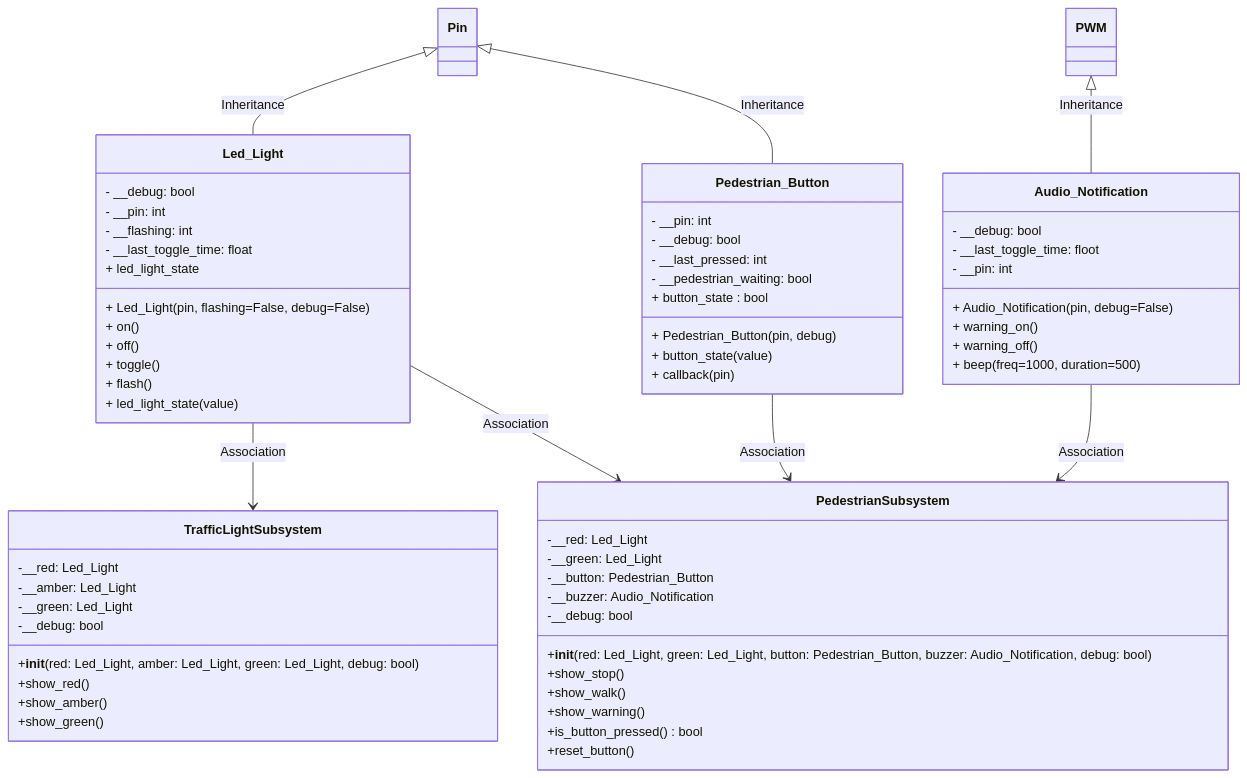
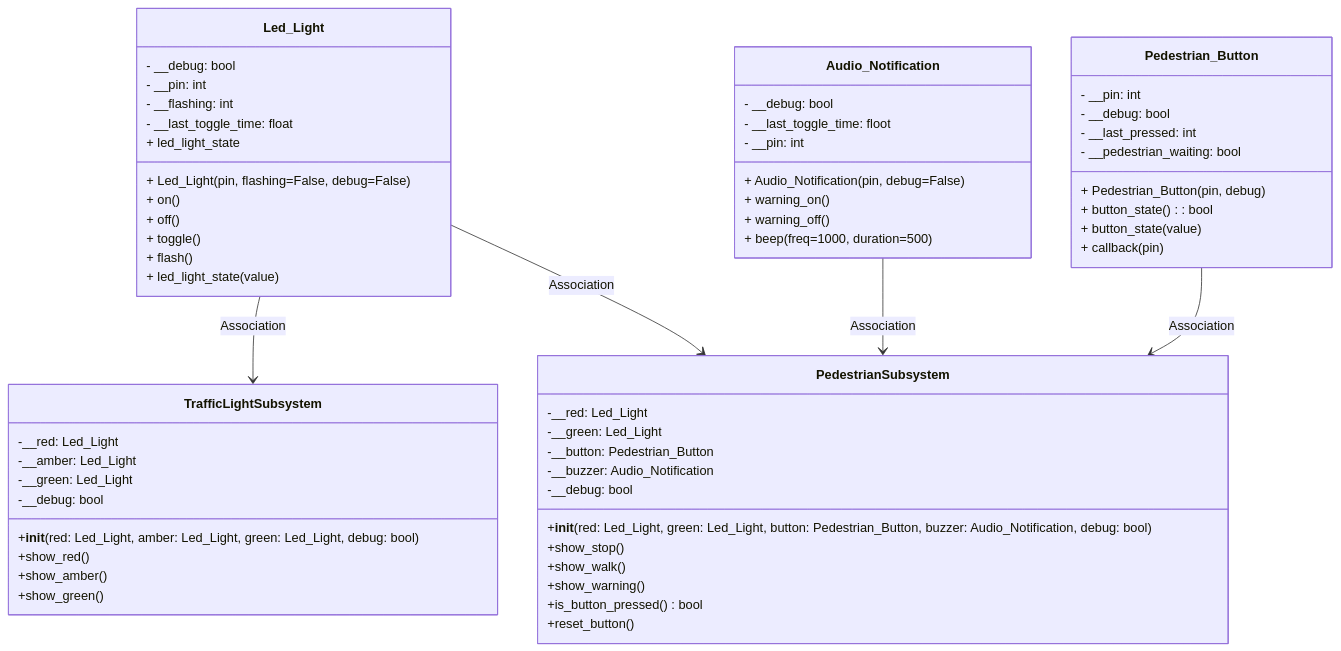
One commit to TempeHS/MicroPython_OOP_Pi_Pico_Mini_Project_Source changed the second of 2 diagrams in tutorials/Lecture6.md. Above: the diagram before and after it, drawn with Mermaid. The commit also changed other lines of this file and 8 other files, not shown here.

````diff
--- a/tutorials/Lecture6.md
+++ b/tutorials/Lecture6.md
@@ -69,75 +70,66 @@
 ```mermaid
 classDiagram
-    class Pin {
-    }
-
-    class PWM {
-    }
-
-    class Audio_Notification {
-        - __debug: bool
-        - __last_toggle_time: floot
-        - __pin: int
-        + Audio_Notification(pin, debug=False)
-        + warning_on()
-        + warning_off()
-        + beep(freq=1000, duration=500)
-    }
-    PWM <|-- Audio_Notification : Inheritance
-
     class Led_Light {
         - __debug: bool
         - __pin: int
         - __flashing: int
         - __last_toggle_time: float
         + Led_Light(pin, flashing=False, debug=False)
         + on()
         + off()
         + toggle()
         + flash()
         + led_light_state
         + led_light_state(value)
     }
-    Pin <|-- Led_Light : Inheritance
 
     class Pedestrian_Button {
         - __pin: int
         - __debug: bool
         - __last_pressed: int
         - __pedestrian_waiting: bool
         + Pedestrian_Button(pin, debug)
-        + button_state : bool
+        + button_state() : bool
         + button_state(value)
         + callback(pin)
     }
-    Pin <|-- Pedestrian_Button : Inheritance
+
+    class Audio_Notification {
+        - __debug: bool
+        - __last_toggle_time: floot
+        - __pin: int
+        + Audio_Notification(pin, debug=False)
+        + warning_on()
+        + warning_off()
+        + beep(freq=1000, duration=500)
+    }
 
     class TrafficLightSubsystem {
         -__red: Led_Light
         -__amber: Led_Light
         -__green: Led_Light
         -__debug: bool
         +__init__(red: Led_Light, amber: Led_Light, green: Led_Light, debug: bool)
         +show_red()
         +show_amber()
         +show_green()
     }
     Led_Light --> TrafficLightSubsystem : Association
 
     class PedestrianSubsystem {
         -__red: Led_Light
         -__green: Led_Light
         -__button: Pedestrian_Button
         -__buzzer: Audio_Notification
         -__debug: bool
         +__init__(red: Led_Light, green: Led_Light, button: Pedestrian_Button, buzzer: Audio_Notification, debug: bool)
         +show_stop()
         +show_walk()
         +show_warning()
         +is_button_pressed() bool
         +reset_button()
     }
     Led_Light --> PedestrianSubsystem : Association
     Audio_Notification --> PedestrianSubsystem : Association
     Pedestrian_Button --> PedestrianSubsystem : Association 
 ```
````
